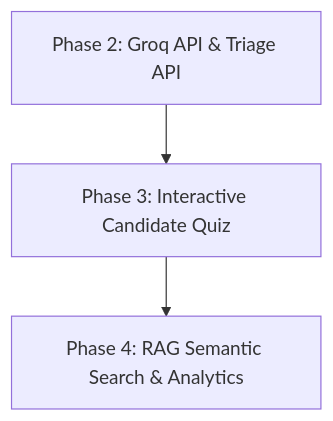
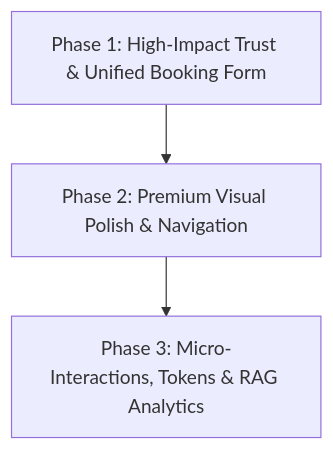
The diagram in improvement_plan.md (nadana1985/Muraliplasticsurgeon), drawn with Mermaid before and after one commit. The commit also changed other lines of this file and 30 other files, not shown here.

````diff
--- a/improvement_plan.md
+++ b/improvement_plan.md
@@ -24,5 +23,5 @@
 ```mermaid
 graph TD
-    A[Phase 2: Groq API & Triage API] --> B[Phase 3: Interactive Candidate Quiz]
-    B --> C[Phase 4: RAG Semantic Search & Analytics]
+    A[Phase 1: High-Impact Trust & Unified Booking Form] --> B[Phase 2: Premium Visual Polish & Navigation]
+    B --> C[Phase 3: Micro-Interactions, Tokens & RAG Analytics]
 ```
````
